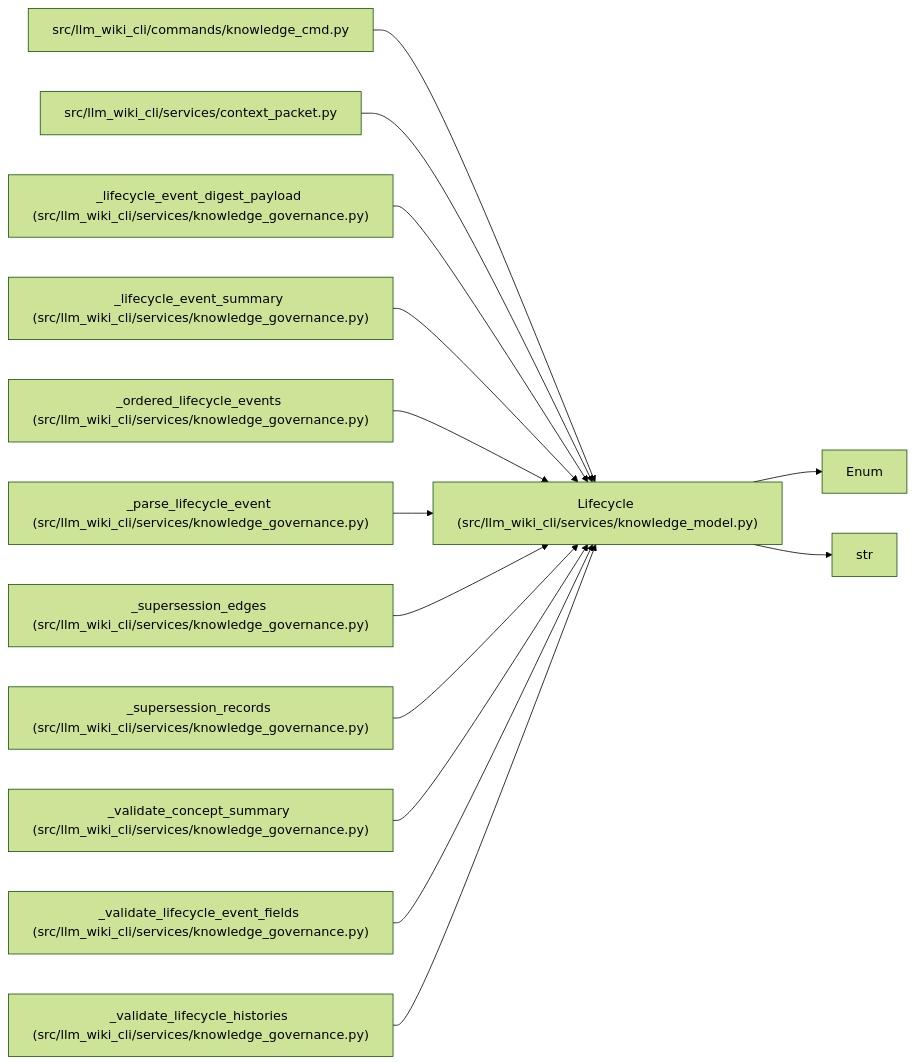
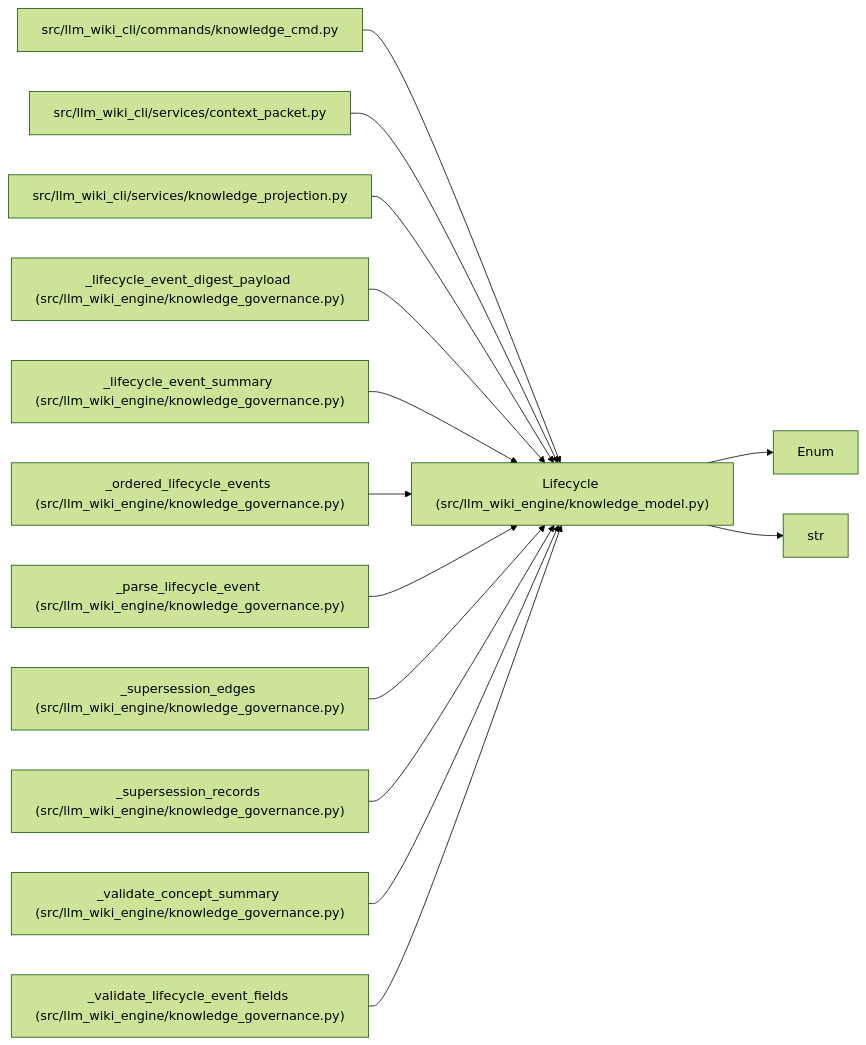
The diagram in docs/llm_wiki/entities/Lifecycle.md (Denissvgn/python-wiki-llm), drawn with Mermaid (forest theme) before and after one commit. The commit also changed other lines of this file and 1058 other files, not shown here.

First line of the commit message:
docs: refresh the wiki for the knowledge store move

````diff
--- a/docs/llm_wiki/entities/Lifecycle.md
+++ b/docs/llm_wiki/entities/Lifecycle.md
@@ -29,42 +29,42 @@
 ```mermaid
 flowchart LR
-    n0["Lifecycle (src/llm_wiki_cli/services/knowledge_model.py)"]
+    n0["Lifecycle (src/llm_wiki_engine/knowledge_model.py)"]
     n1["Enum"]
     n2["str"]
     n3["src/llm_wiki_cli/commands/knowledge_cmd.py"]
     n4["src/llm_wiki_cli/services/context_packet.py"]
-    n5["_lifecycle_event_digest_payload (src/llm_wiki_cli/services/knowledge_governance.py)"]
-    n6["_lifecycle_event_summary (src/llm_wiki_cli/services/knowledge_governance.py)"]
-    n7["_ordered_lifecycle_events (src/llm_wiki_cli/services/knowledge_governance.py)"]
-    n8["_parse_lifecycle_event (src/llm_wiki_cli/services/knowledge_governance.py)"]
-    n9["_supersession_edges (src/llm_wiki_cli/services/knowledge_governance.py)"]
-    n10["_supersession_records (src/llm_wiki_cli/services/knowledge_governance.py)"]
-    n11["_validate_concept_summary (src/llm_wiki_cli/services/knowledge_governance.py)"]
-    n12["_validate_lifecycle_event_fields (src/llm_wiki_cli/services/knowledge_governance.py)"]
-    n13["_validate_lifecycle_histories (src/llm_wiki_cli/services/knowledge_governance.py)"]
+    n5["src/llm_wiki_cli/services/knowledge_projection.py"]
+    n6["_lifecycle_event_digest_payload (src/llm_wiki_engine/knowledge_governance.py)"]
+    n7["_lifecycle_event_summary (src/llm_wiki_engine/knowledge_governance.py)"]
+    n8["_ordered_lifecycle_events (src/llm_wiki_engine/knowledge_governance.py)"]
+    n9["_parse_lifecycle_event (src/llm_wiki_engine/knowledge_governance.py)"]
+    n10["_supersession_edges (src/llm_wiki_engine/knowledge_governance.py)"]
+    n11["_supersession_records (src/llm_wiki_engine/knowledge_governance.py)"]
+    n12["_validate_concept_summary (src/llm_wiki_engine/knowledge_governance.py)"]
+    n13["_validate_lifecycle_event_fields (src/llm_wiki_engine/knowledge_governance.py)"]
     n0 --> n1
     n0 --> n2
     n3 --> n0
     n4 --> n0
     n5 --> n0
     n6 --> n0
     n7 --> n0
     n8 --> n0
     n9 --> n0
     n10 --> n0
     n11 --> n0
     n12 --> n0
     n13 --> n0
     click n0 "../modules/knowledge_model.md"
     click n3 "../modules/knowledge_cmd.md"
     click n4 "../modules/context_packet.md"
-    click n5 "../modules/knowledge_governance.md"
+    click n5 "../modules/knowledge_projection.md"
     click n6 "../modules/knowledge_governance.md"
     click n7 "../modules/knowledge_governance.md"
     click n8 "../modules/knowledge_governance.md"
     click n9 "../modules/knowledge_governance.md"
     click n10 "../modules/knowledge_governance.md"
     click n11 "../modules/knowledge_governance.md"
     click n12 "../modules/knowledge_governance.md"
     click n13 "../modules/knowledge_governance.md"
 ```
````
